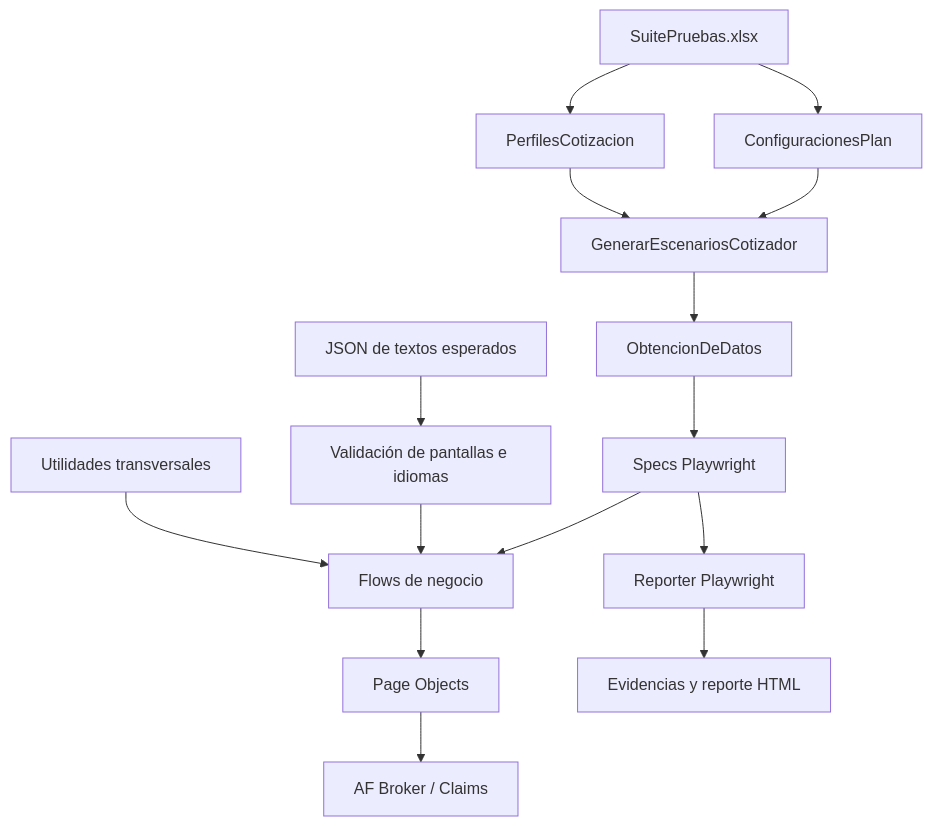
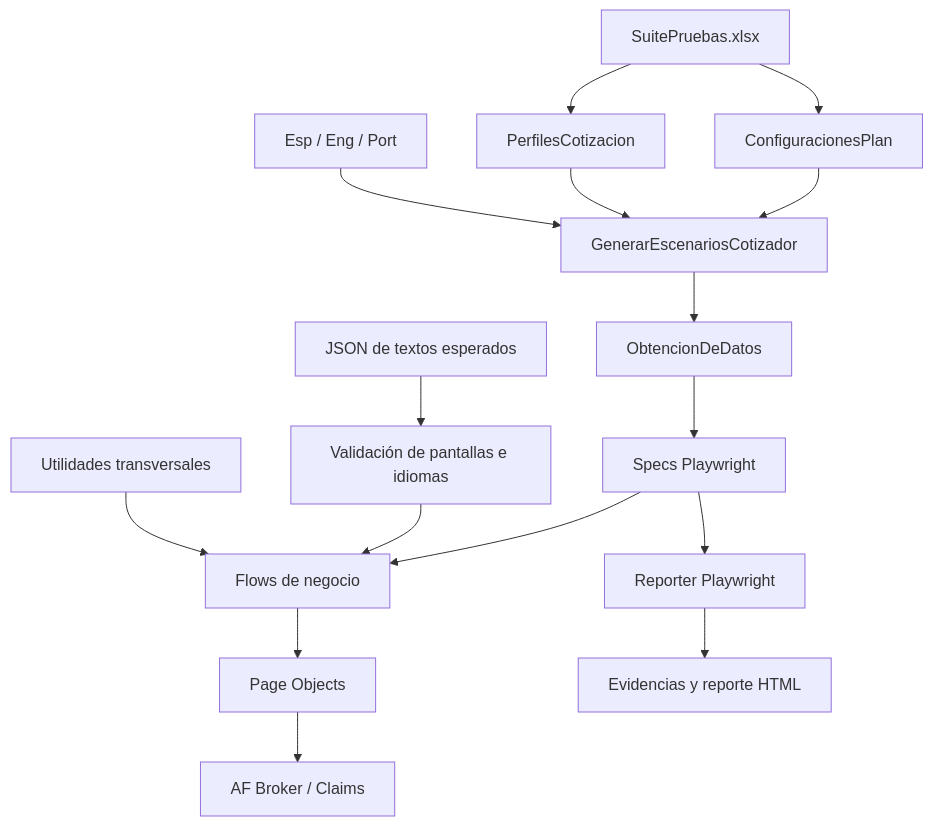
One commit to Automatizacion-WeeCompany/AutomatizacionAF changed the first of 2 diagrams in docs/ARQUITECTURA.md. Above: the diagram before and after it, drawn with Mermaid. The commit also changed other lines of this file and 66 other files, not shown here.

````diff
--- a/docs/ARQUITECTURA.md
+++ b/docs/ARQUITECTURA.md
@@ -11,17 +11,18 @@
 ```mermaid
 flowchart TD
     X["SuitePruebas.xlsx"] --> CP["ConfiguracionesPlan"]
     X --> PC["PerfilesCotizacion"]
     CP --> G["GenerarEscenariosCotizador"]
     PC --> G
+    I["Esp / Eng / Port"] --> G
     G --> L["ObtencionDeDatos"]
     L --> S["Specs Playwright"]
     S --> F["Flows de negocio"]
     F --> P["Page Objects"]
     P --> UI["AF Broker / Claims"]
     J["JSON de textos esperados"] --> V["Validación de pantallas e idiomas"]
     V --> F
     U["Utilidades transversales"] --> F
     S --> R["Reporter Playwright"]
     R --> E["Evidencias y reporte HTML"]
 ```
````
